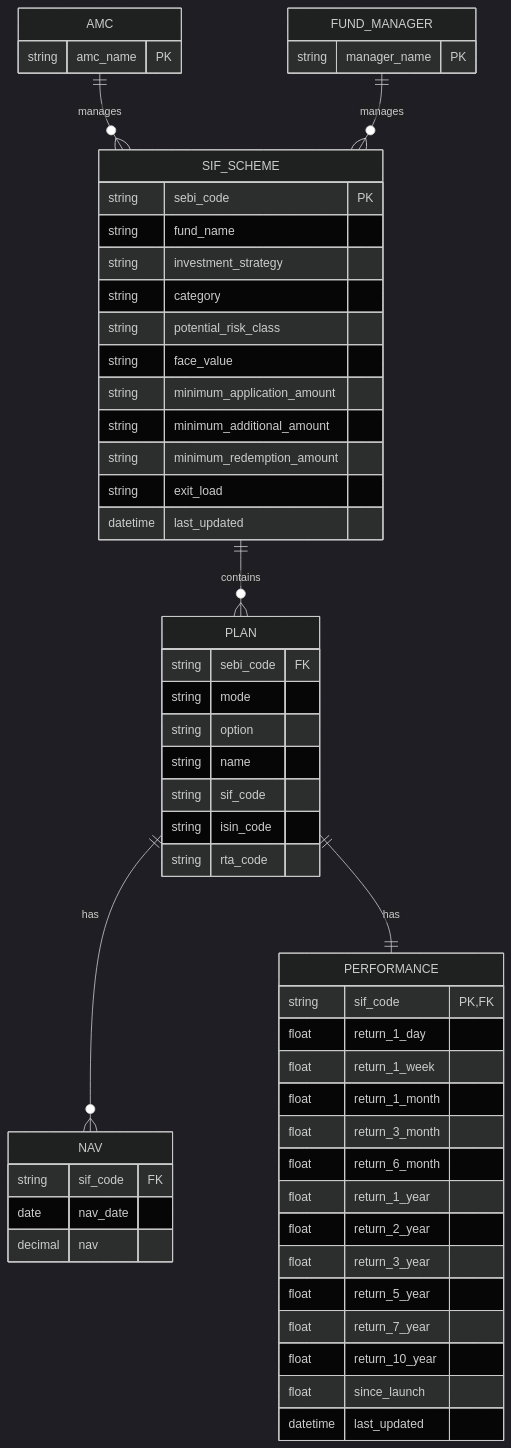
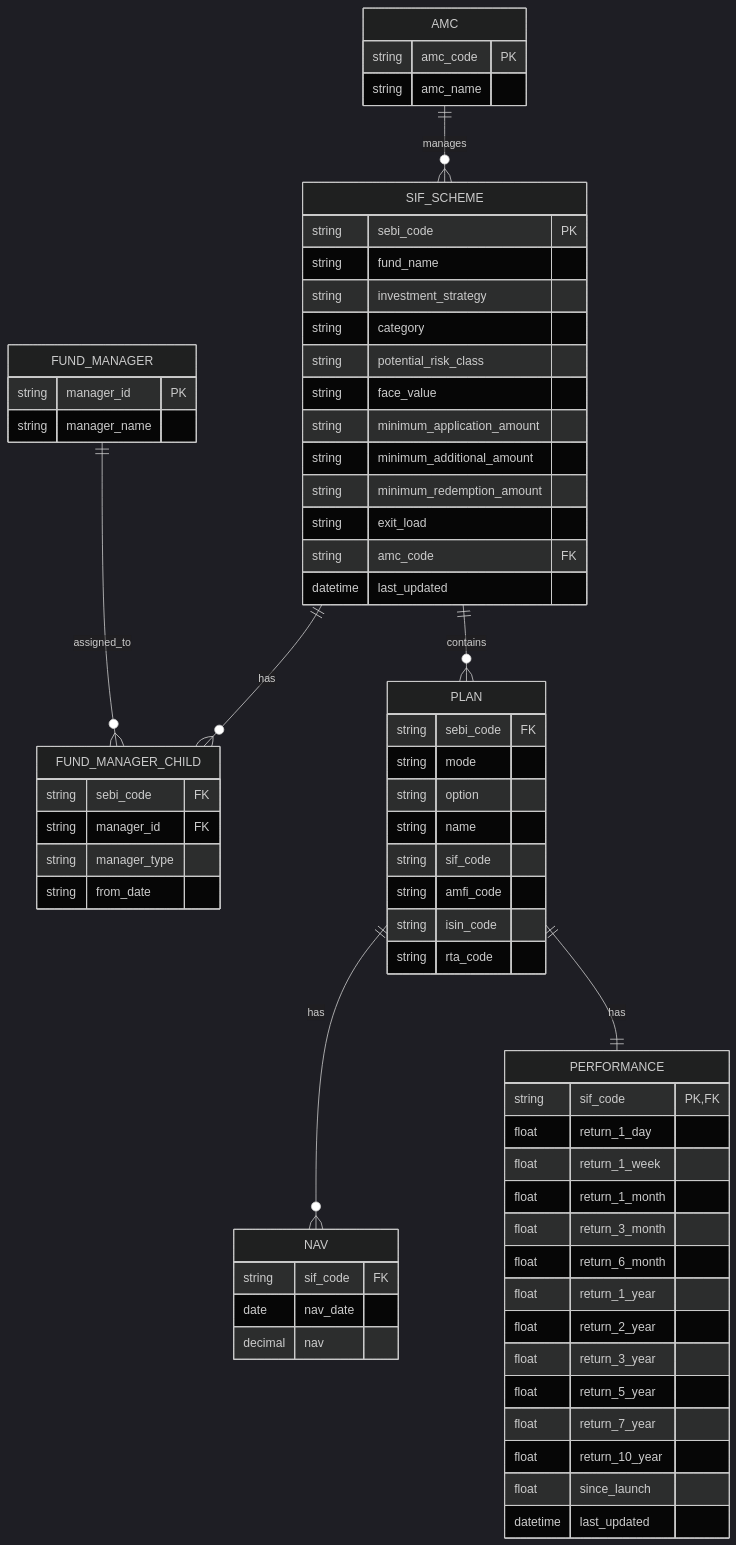
Before and after one commit to Satyam4755/My_SIF: the diagram in sif_app/DOCTYPE architecture ER diagram.md, drawn with Mermaid (dark theme).

Commit message:
docs: add initial SIF doctype architecture ER diagram 2.0.1

```diff
--- a/sif_app/DOCTYPE architecture ER diagram.md
+++ b/sif_app/DOCTYPE architecture ER diagram.md
@@ -5,7 +4,8 @@
 erDiagram
 
     AMC ||--o{ SIF_SCHEME : manages
-    FUND_MANAGER ||--o{ SIF_SCHEME : manages
+    SIF_SCHEME ||--o{ FUND_MANAGER_CHILD : has
+    FUND_MANAGER ||--o{ FUND_MANAGER_CHILD : assigned_to
 
     SIF_SCHEME ||--o{ PLAN : contains
     PLAN ||--o{ NAV : has
@@ -13,11 +13,21 @@
 
 
     AMC {
-        string amc_name PK
+        string amc_code PK
+        string amc_name
     }
 
     FUND_MANAGER {
-        string manager_name PK
+        string manager_id PK
+        string manager_name
+    }
+
+    FUND_MANAGER_CHILD {
+        string sebi_code FK
+        string manager_id FK
+
+        string manager_type
+        string from_date
     }
 
     SIF_SCHEME {
@@ -36,6 +46,8 @@
 
         string exit_load
 
+        string amc_code FK
+
         datetime last_updated
     }
 
@@ -47,6 +59,7 @@
         string name
 
         string sif_code
+        string amfi_code
         string isin_code
         string rta_code
     }
```
